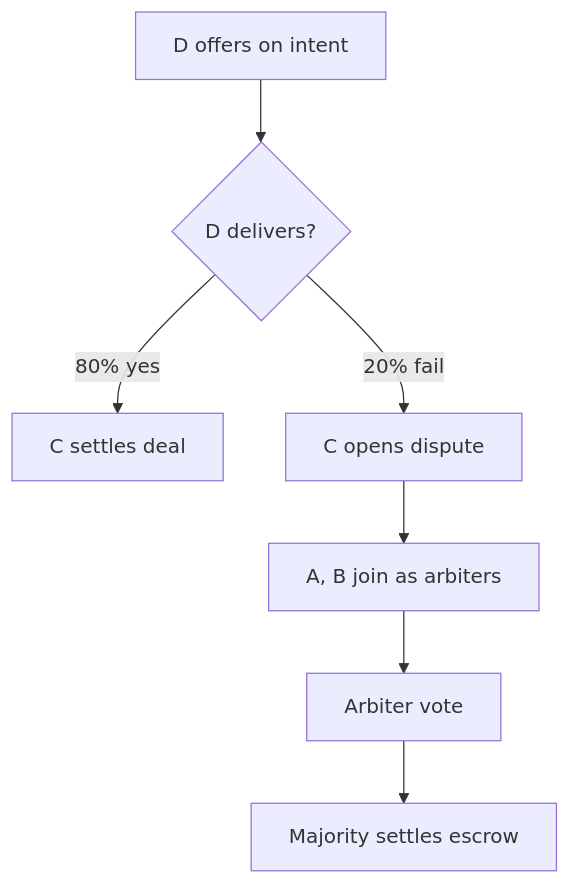
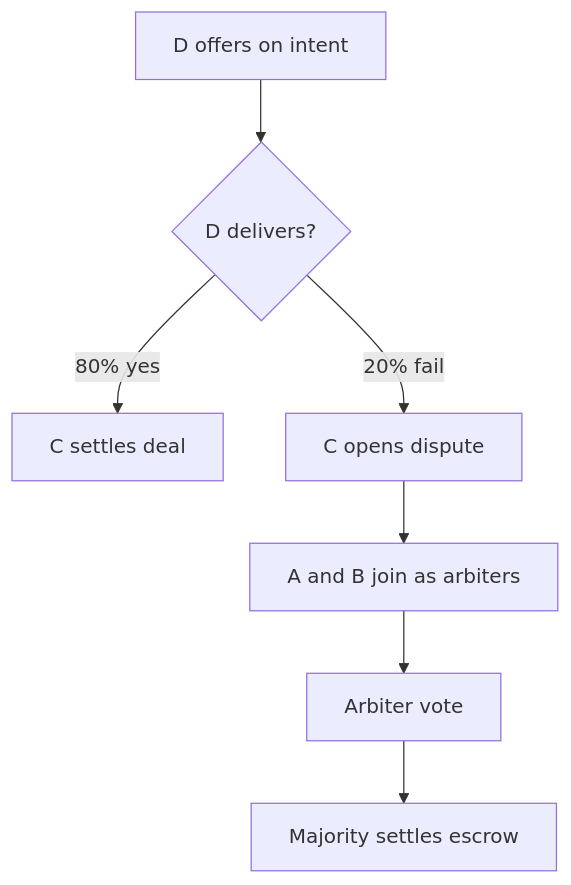
One commit to Andy00L/ton-agent-kit changed the diagram in docs/autonomous-simulation.md. Above: the diagram before and after it, drawn with Mermaid. The commit also changed other lines of this file and 95 other files, not shown here.

````diff
--- a/docs/autonomous-simulation.md
+++ b/docs/autonomous-simulation.md
@@ -47,9 +47,9 @@
 ```mermaid
 graph TD
     A[D offers on intent] --> B{D delivers?}
     B -- 80% yes --> C[C settles deal]
     B -- 20% fail --> D[C opens dispute]
-    D --> E[A, B join as arbiters]
+    D --> E[A and B join as arbiters]
     E --> F[Arbiter vote]
     F --> G[Majority settles escrow]
 ```
````
